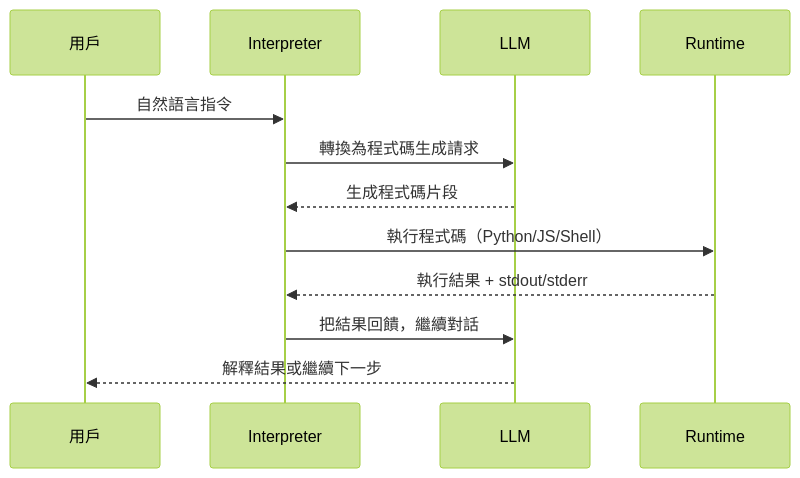
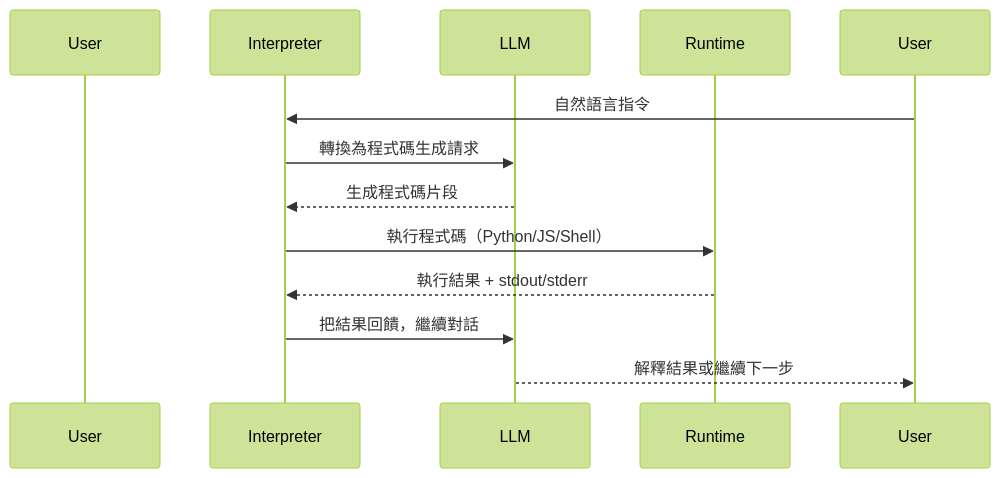
Before and after one commit to a920604a/engineernews: the diagram in src/content/posts/tech/2026-04-26-github110github.md, drawn with Mermaid (forest theme). The commit also changed 7 other files, not shown here.

Commit message:
fix: auto-fix mermaid syntax errors in posts

````diff
--- a/src/content/posts/tech/2026-04-26-github110github.md
+++ b/src/content/posts/tech/2026-04-26-github110github.md
@@ -62,14 +62,14 @@
 ```mermaid
 sequenceDiagram
-  participant 用戶
-  participant Interpreter
-  participant LLM
-  participant Runtime
-  用戶->>Interpreter: 自然語言指令
+  participant 用戶 as User
+  participant Interpreter as Interpreter
+  participant LLM as LLM
+  participant Runtime as Runtime
+  User->>Interpreter: 自然語言指令
   Interpreter->>LLM: 轉換為程式碼生成請求
   LLM-->>Interpreter: 生成程式碼片段
   Interpreter->>Runtime: 執行程式碼（Python/JS/Shell）
   Runtime-->>Interpreter: 執行結果 + stdout/stderr
   Interpreter->>LLM: 把結果回饋，繼續對話
-  LLM-->>用戶: 解釋結果或繼續下一步
+  LLM-->>User: 解釋結果或繼續下一步
 ```
````
